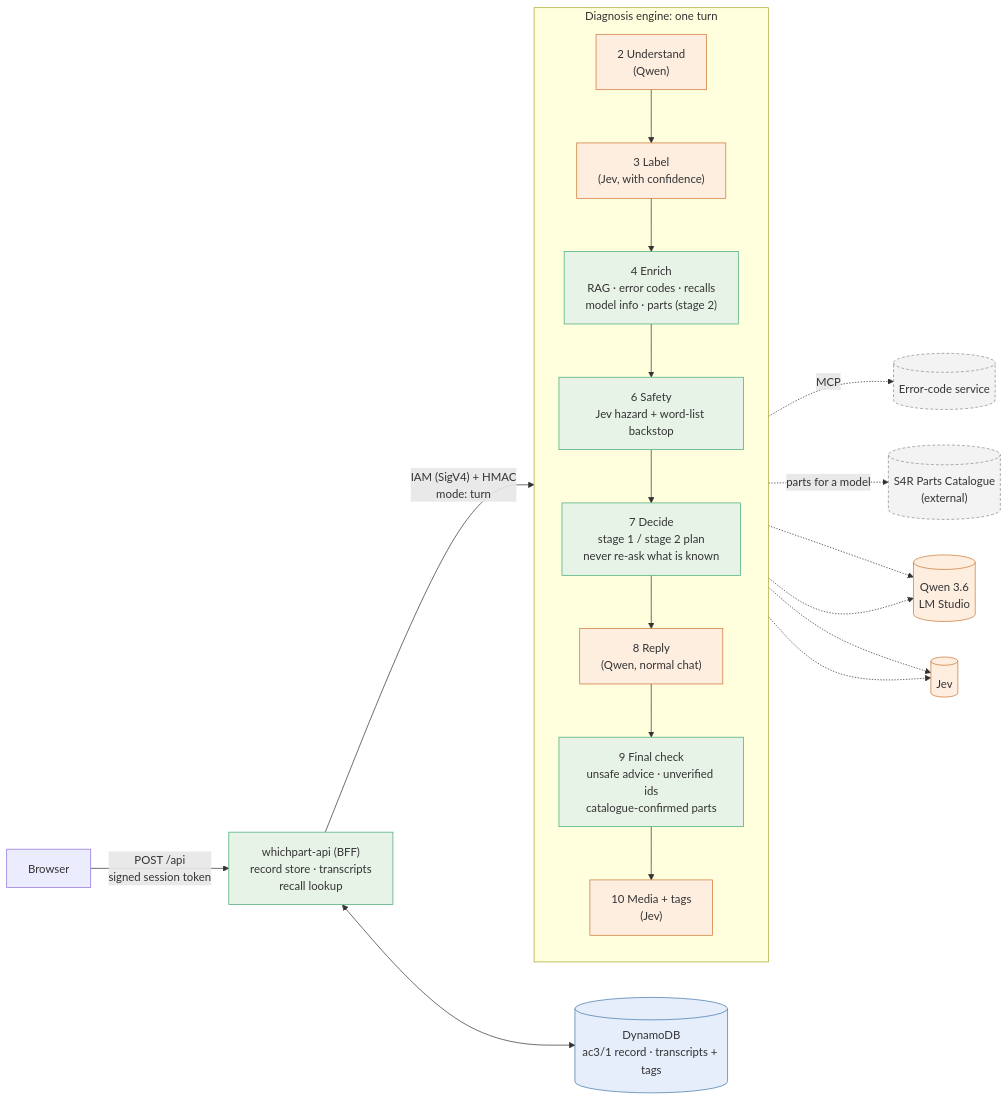
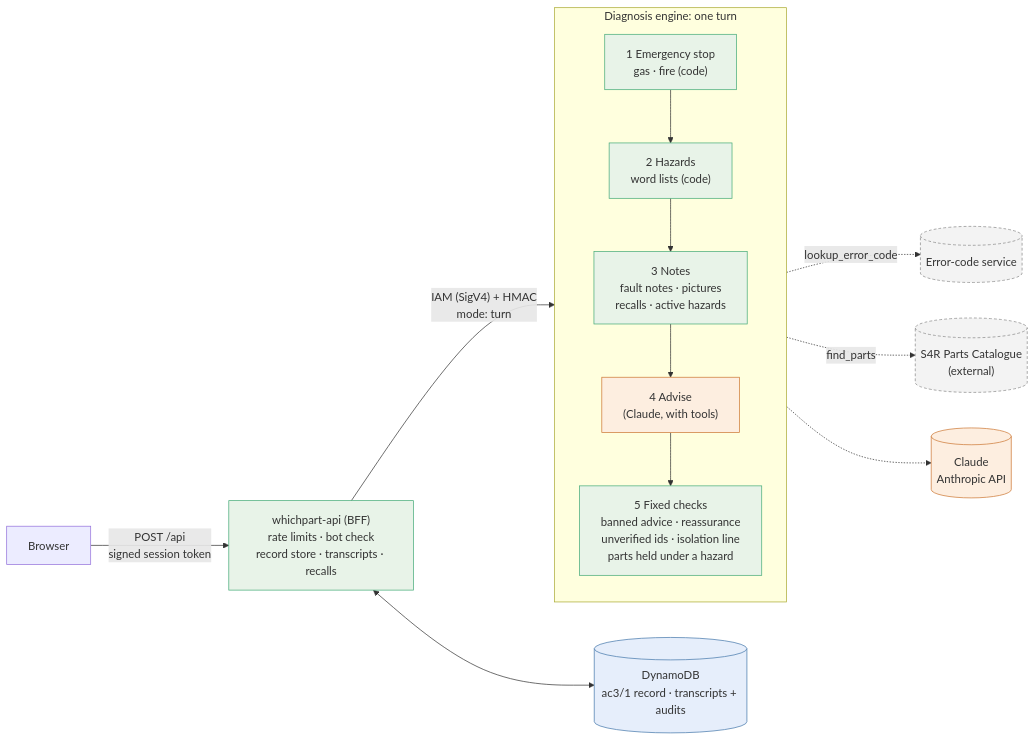
One commit to timdodgson/appliance-clinic changed the diagram in README.md. Above: the diagram before and after it, drawn with Mermaid. The commit also changed other lines of this file and 10362 other files, not shown here.

````diff
--- a/README.md
+++ b/README.md
@@ -26,30 +27,24 @@
 ```mermaid
 flowchart LR
-  B["Browser"] -->|"POST /api<br/>signed session token"| W["whichpart-api (BFF)<br/>record store · transcripts<br/>recall lookup"]
-  W <--> D[("DynamoDB<br/>ac3/1 record · transcripts + tags")]
-  W -->|"IAM (SigV4) + HMAC<br/>mode: turn"| U
+  B["Browser"] -->|"POST /api<br/>signed session token"| W["whichpart-api (BFF)<br/>rate limits · bot check<br/>record store · transcripts · recalls"]
+  W <--> D[("DynamoDB<br/>ac3/1 record · transcripts + audits")]
+  W -->|"IAM (SigV4) + HMAC<br/>mode: turn"| G
   subgraph ENG["Diagnosis engine: one turn"]
     direction TB
-    U["2 Understand<br/>(Qwen)"] --> L["3 Label<br/>(Jev, with confidence)"]
-    L --> E["4 Enrich<br/>RAG · error codes · recalls<br/>model info · parts (stage 2)"]
-    E --> S["6 Safety<br/>Jev hazard + word-list backstop"]
-    S --> P["7 Decide<br/>stage 1 / stage 2 plan<br/>never re-ask what is known"]
-    P --> R["8 Reply<br/>(Qwen, normal chat)"]
-    R --> F["9 Final check<br/>unsafe advice · unverified ids<br/>catalogue-confirmed parts"]
-    F --> M["10 Media + tags<br/>(Jev)"]
+    G["1 Emergency stop<br/>gas · fire (code)"] --> H["2 Hazards<br/>word lists (code)"]
+    H --> N["3 Notes<br/>fault notes · pictures<br/>recalls · active hazards"]
+    N --> A["4 Advise<br/>(Claude, with tools)"]
+    A --> F["5 Fixed checks<br/>banned advice · reassurance<br/>unverified ids · isolation line<br/>parts held under a hazard"]
   end
-  E -.->|"MCP"| X[("Error-code service")]
-  E -.->|"parts for a model"| C[("S4R Parts Catalogue<br/>(external)")]
-  U -.-> Q[("Qwen 3.6<br/>LM Studio")]
-  R -.-> Q
-  L -.-> J[("Jev")]
-  M -.-> J
+  A -.->|"lookup_error_code"| X[("Error-code service")]
+  A -.->|"find_parts"| C[("S4R Parts Catalogue<br/>(external)")]
+  A -.-> M[("Claude<br/>Anthropic API")]
   classDef det fill:#e8f3e8,stroke:#4a7;
   classDef model fill:#fdeee0,stroke:#c73;
   classDef state fill:#e6eefb,stroke:#47a;
   classDef ext fill:#f3f3f3,stroke:#888,stroke-dasharray: 4 3;
-  class W,E,S,P,F det
-  class U,L,R,M,Q,J model
+  class W,G,H,N,F det
+  class A,M model
   class D state
   class X,C ext
 ```
````
